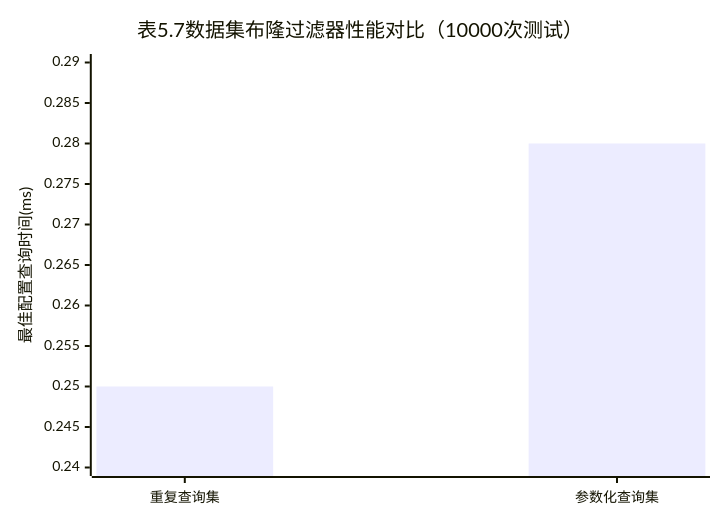
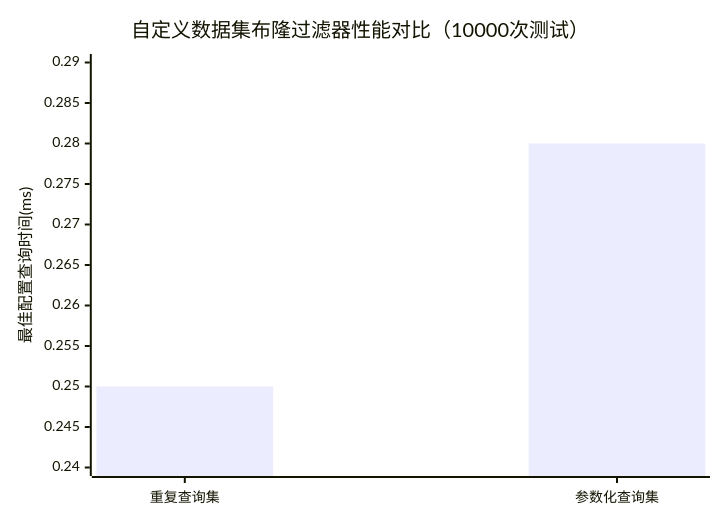
Diagram 15 of 25 in md/第五章-实验与分析.md (crazypenguincode/duckdb), drawn with Mermaid before and after one commit. The commit also changed other lines of this file, not shown here.

Commit message:
第五章 图表编号

````diff
--- a/md/第五章-实验与分析.md
+++ b/md/第五章-实验与分析.md
@@ -523,7 +523,7 @@
 ```mermaid
 xychart-beta
-    title "表5.7数据集布隆过滤器性能对比（10000次测试）"
+    title "自定义数据集布隆过滤器性能对比（10000次测试）"
     x-axis ["重复查询集", "参数化查询集"]
     y-axis "最佳配置查询时间(ms)" 0.24 --> 0.29
     bar [0.25, 0.28]
 ```
````
